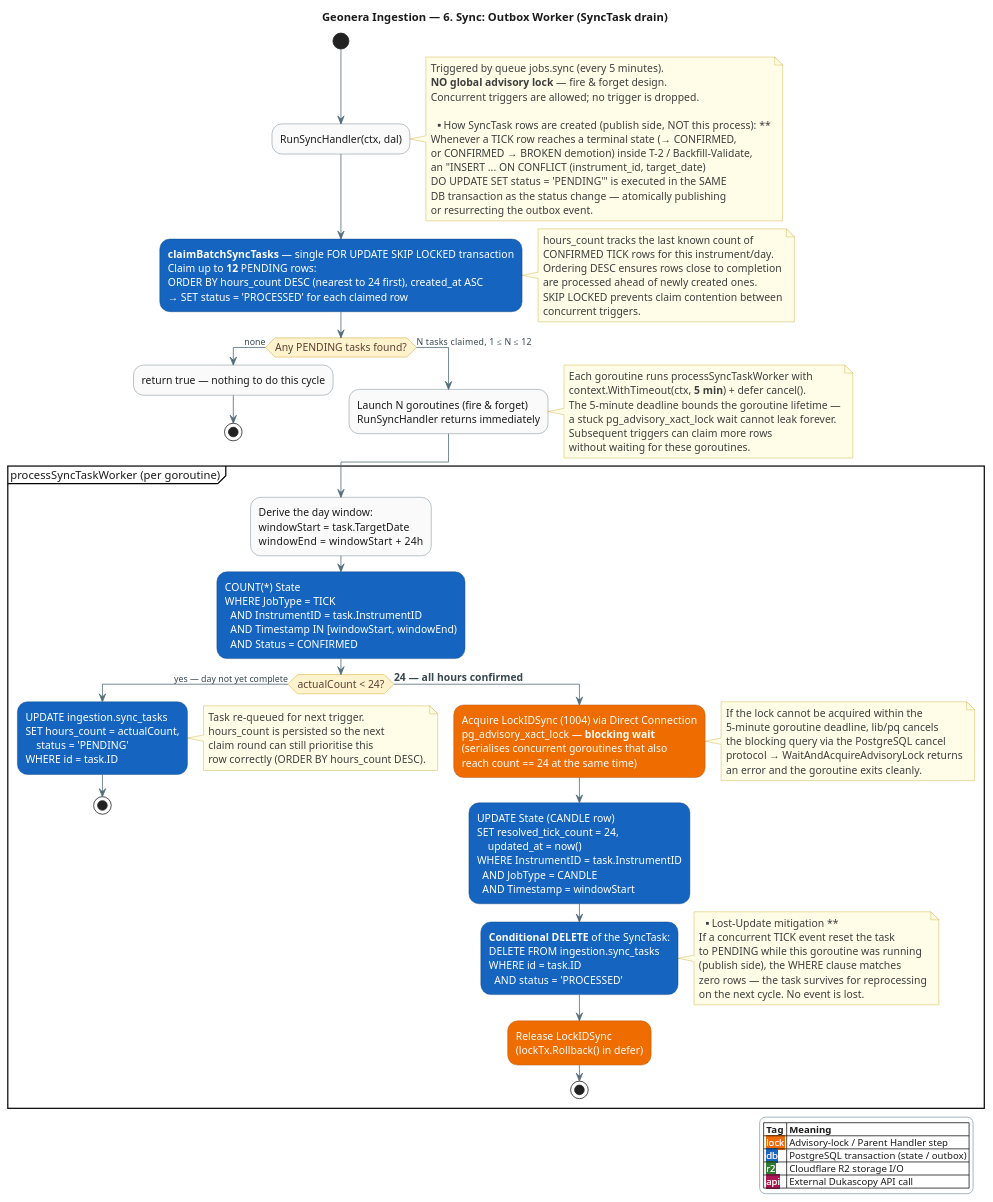
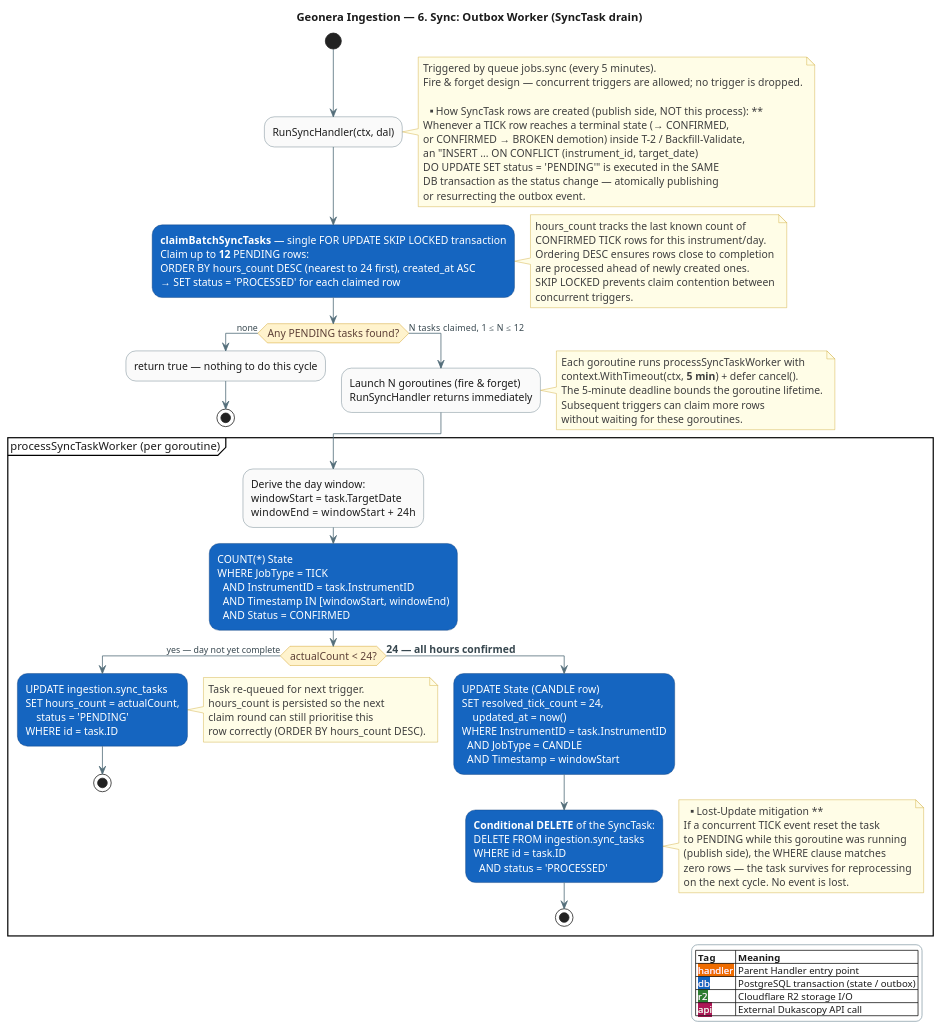
One commit to sanjari-dev/geonera-ingestion changed the diagram in docs/flows/06-sync-outbox.puml. Above: the diagram before and after it, drawn with PlantUML. The commit also changed 6 other files, not shown here.

First line of the commit message:
docs: update flow diagrams to reflect simplified architecture

```diff
--- a/docs/flows/06-sync-outbox.puml
+++ b/docs/flows/06-sync-outbox.puml
@@ -1,174 +1,158 @@
 @startuml 06-sync-outbox
 title Geonera Ingestion — 6. Sync: Outbox Worker (SyncTask drain)
 skinparam backgroundColor #FFFFFF
 skinparam defaultFontColor #1B1B1B
 skinparam ArrowColor #546E7A
 skinparam ArrowFontColor #37474F
 
 skinparam activity {
   BackgroundColor #FAFAFA
   BorderColor #546E7A
   FontColor #1B1B1B
   FontSize 13
 
-  BackgroundColor<<lock>> #EF6C00
-  FontColor<<lock>> #FFFFFF
-  BorderColor<<lock>> #A34B00
+  BackgroundColor<<handler>> #EF6C00
+  FontColor<<handler>> #FFFFFF
+  BorderColor<<handler>> #A34B00
 
   BackgroundColor<<db>> #1565C0
   FontColor<<db>> #FFFFFF
   BorderColor<<db>> #0B3C78
 
   BackgroundColor<<r2>> #2E7D32
   FontColor<<r2>> #FFFFFF
   BorderColor<<r2>> #1B5E20
 
   BackgroundColor<<api>> #AD1457
   FontColor<<api>> #FFFFFF
   BorderColor<<api>> #6A0F38
 }
 
 skinparam activityDiamond {
   BackgroundColor #FFF3CD
   BorderColor #C79100
   FontColor #5D4037
 }
 
 skinparam legend {
   BackgroundColor #FFFFFF
   BorderColor #90A4AE
   FontColor #1B1B1B
   FontSize 12
   EntrySeparatorColor #CFD8DC
 }
 
 skinparam note {
   BackgroundColor #FFFDE7
   BorderColor #C9A227
   FontColor #3E3E3E
 }
 
 legend right
   |= Tag |= Meaning |
-  |<back:#EF6C00><color:#FFFFFF> lock </color></back>| Advisory-lock / Parent Handler step |
+  |<back:#EF6C00><color:#FFFFFF> handler </color></back>| Parent Handler entry point |
   |<back:#1565C0><color:#FFFFFF> db </color></back>| PostgreSQL transaction (state / outbox) |
   |<back:#2E7D32><color:#FFFFFF> r2 </color></back>| Cloudflare R2 storage I/O |
   |<back:#AD1457><color:#FFFFFF> api </color></back>| External Dukascopy API call |
 endlegend
 
 start
 :RunSyncHandler(ctx, dal);
 note right
   Triggered by queue jobs.sync (every 5 minutes).
-  **NO global advisory lock** — fire & forget design.
-  Concurrent triggers are allowed; no trigger is dropped.
+  Fire & forget design — concurrent triggers are allowed; no trigger is dropped.
 
   ** How SyncTask rows are created (publish side, NOT this process): **
   Whenever a TICK row reaches a terminal state (→ CONFIRMED,
   or CONFIRMED → BROKEN demotion) inside T-2 / Backfill-Validate,
   an "INSERT ... ON CONFLICT (instrument_id, target_date)
   DO UPDATE SET status = 'PENDING'" is executed in the SAME
   DB transaction as the status change — atomically publishing
   or resurrecting the outbox event.
 end note
 
 :**claimBatchSyncTasks** — single FOR UPDATE SKIP LOCKED transaction
 Claim up to **12** PENDING rows:
 ORDER BY hours_count DESC (nearest to 24 first), created_at ASC
 → SET status = 'PROCESSED' for each claimed row;<<db>>
 note right
   hours_count tracks the last known count of
   CONFIRMED TICK rows for this instrument/day.
   Ordering DESC ensures rows close to completion
   are processed ahead of newly created ones.
   SKIP LOCKED prevents claim contention between
   concurrent triggers.
 end note
 
 if (Any PENDING tasks found?) then (none)
   :return true — nothing to do this cycle;
   stop
 else (N tasks claimed, 1 ≤ N ≤ 12)
   :Launch N goroutines (fire & forget)
   RunSyncHandler returns immediately;
   note right
     Each goroutine runs processSyncTaskWorker with
     context.WithTimeout(ctx, **5 min**) + defer cancel().
-    The 5-minute deadline bounds the goroutine lifetime —
-    a stuck pg_advisory_xact_lock wait cannot leak forever.
+    The 5-minute deadline bounds the goroutine lifetime.
     Subsequent triggers can claim more rows
     without waiting for these goroutines.
   end note
 endif
 
 ' ─────────────────────────────────────────────────────────────
 ' GOROUTINE BODY — processSyncTaskWorker (one per claimed task)
 ' ─────────────────────────────────────────────────────────────
 
 partition "processSyncTaskWorker (per goroutine)" {
 
   :Derive the day window:
   windowStart = task.TargetDate
   windowEnd   = windowStart + 24h;
 
-  ' ── Step 1: count (no advisory lock needed) ──
+  ' ── Step 1: count ──
   :COUNT(*) State
   WHERE JobType = TICK
     AND InstrumentID = task.InstrumentID
     AND Timestamp IN [windowStart, windowEnd)
     AND Status = CONFIRMED;<<db>>
 
   if (actualCount < 24?) then (yes — day not yet complete)
     :UPDATE ingestion.sync_tasks
     SET hours_count = actualCount,
         status = 'PENDING'
     WHERE id = task.ID;<<db>>
     note right
       Task re-queued for next trigger.
       hours_count is persisted so the next
       claim round can still prioritise this
       row correctly (ORDER BY hours_count DESC).
     end note
     stop
   else (== 24 — all hours confirmed)
-    ' ── Step 2: management lock + candle finalisation ──
-    :Acquire LockIDSync (1004) via Direct Connection
-    pg_advisory_xact_lock — **blocking wait**
-    (serialises concurrent goroutines that also
-    reach count == 24 at the same time);<<lock>>
-    note right
-      If the lock cannot be acquired within the
-      5-minute goroutine deadline, lib/pq cancels
-      the blocking query via the PostgreSQL cancel
-      protocol → WaitAndAcquireAdvisoryLock returns
-      an error and the goroutine exits cleanly.
-    end note
-
+    ' ── Step 2: candle finalisation (plain PostgreSQL transaction) ──
     :UPDATE State (CANDLE row)
     SET resolved_tick_count = 24,
         updated_at = now()
     WHERE InstrumentID = task.InstrumentID
       AND JobType = CANDLE
       AND Timestamp = windowStart;<<db>>
 
     :**Conditional DELETE** of the SyncTask:
     DELETE FROM ingestion.sync_tasks
     WHERE id = task.ID
       AND status = 'PROCESSED';<<db>>
     note right
       ** Lost-Update mitigation **
       If a concurrent TICK event reset the task
       to PENDING while this goroutine was running
       (publish side), the WHERE clause matches
       zero rows — the task survives for reprocessing
       on the next cycle. No event is lost.
     end note
 
-    :Release LockIDSync
-    (lockTx.Rollback() in defer);<<lock>>
     stop
   endif
 
 }
 
 @enduml
```
